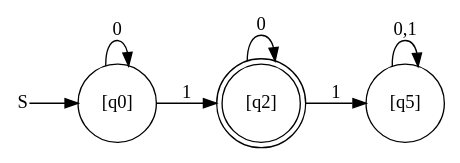
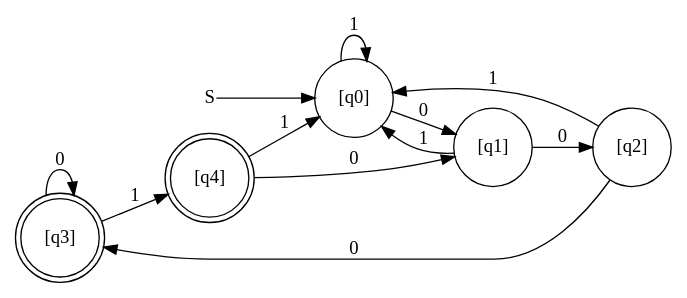
One commit to Goodhao/automaton changed the diagram in out.dot. Above: the diagram before and after it, drawn with Graphviz. The commit also changed 10 other files, not shown here.

```diff
--- a/out.dot
+++ b/out.dot
@@ -1,14 +1,19 @@
 digraph cinite_state_machine {
 rankdir=LR;
 size="50,50"
-node [shape = doublecircle]; "[q2]" ;
+node [shape = doublecircle]; "[q3]" "[q4]" ;
 node [shape = circle]; "[q0]";
 node [shape = plain]; "S";
 "S" -> "[q0]";
 node [shape = circle];
-"[q0]" -> "[q0]" [label = "0"];
-"[q0]" -> "[q2]" [label = "1"];
-"[q2]" -> "[q2]" [label = "0"];
-"[q2]" -> "[q5]" [label = "1"];
-"[q5]" -> "[q5]" [label = "0,1"];
+"[q0]" -> "[q0]" [label = "1"];
+"[q0]" -> "[q1]" [label = "0"];
+"[q1]" -> "[q0]" [label = "1"];
+"[q1]" -> "[q2]" [label = "0"];
+"[q2]" -> "[q0]" [label = "1"];
+"[q2]" -> "[q3]" [label = "0"];
+"[q3]" -> "[q3]" [label = "0"];
+"[q3]" -> "[q4]" [label = "1"];
+"[q4]" -> "[q0]" [label = "1"];
+"[q4]" -> "[q1]" [label = "0"];
 }
```
